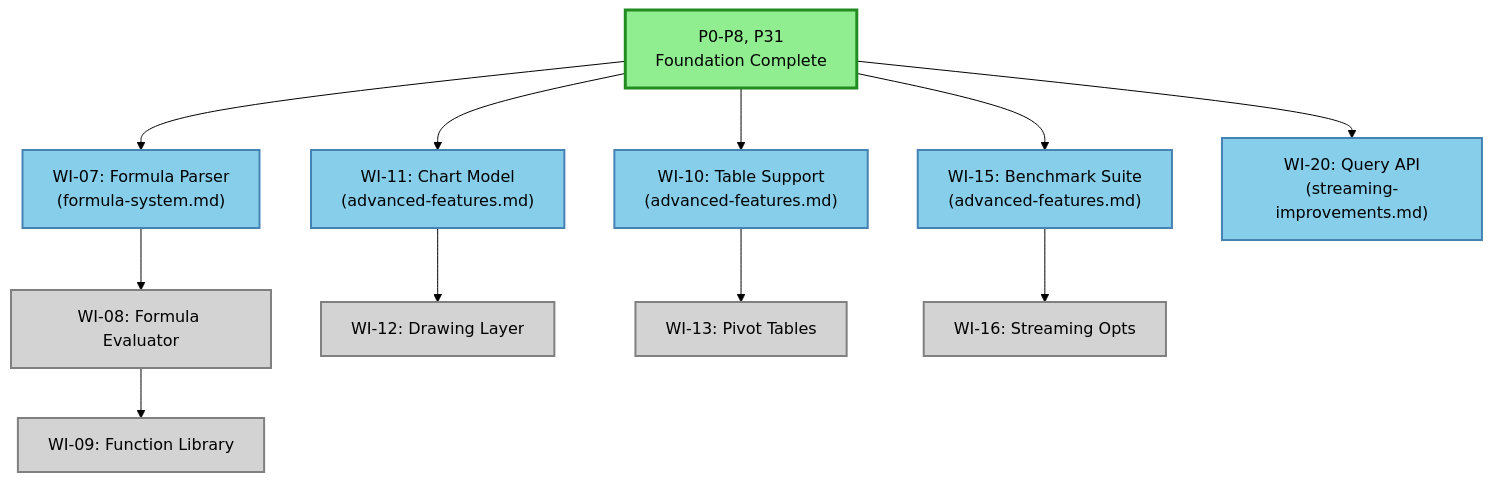
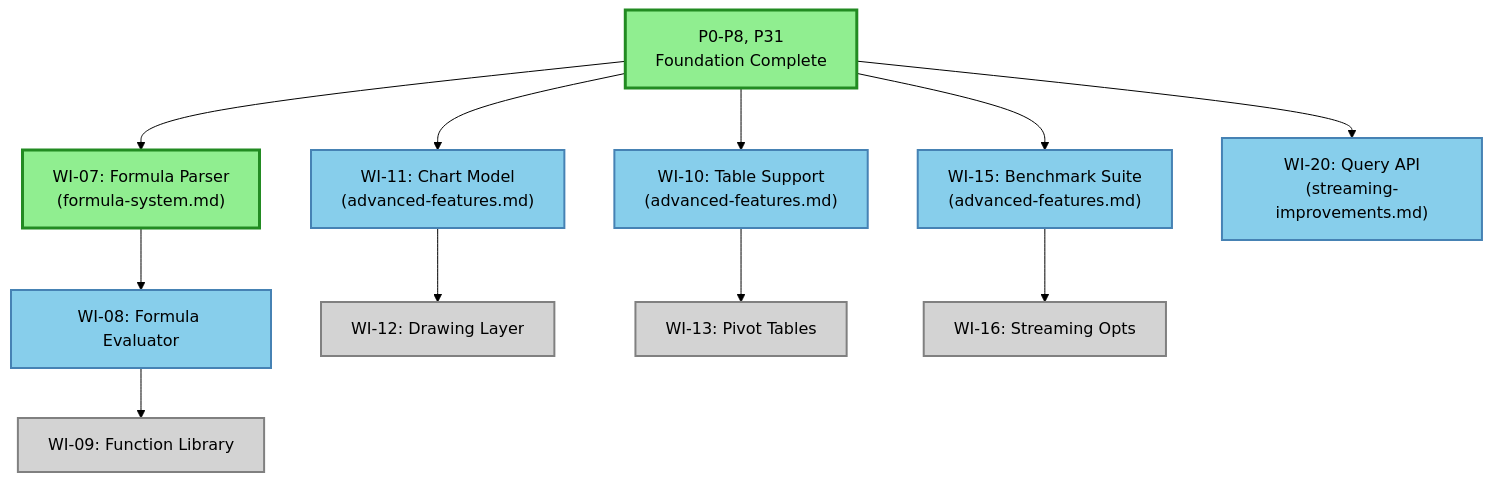
The diagram in docs/plan/roadmap.md (TJC-LP/xl), drawn with Mermaid (forest theme) before and after one commit. The commit also changed other lines of this file and 14 other files, not shown here.

First line of the commit message:
feat(evaluator): add formula parser with typed GADT AST

````diff
--- a/docs/plan/roadmap.md
+++ b/docs/plan/roadmap.md
@@ -24,37 +24,37 @@
 ```mermaid
 graph TB
     %% Completed work (green)
     P0["P0-P8, P31<br/>Foundation Complete"]:::completed
+    WI07["WI-07: Formula Parser<br/>(formula-system.md)"]:::completed
 
     %% Available work (blue - ready to start)
-    WI07["WI-07: Formula Parser<br/>(formula-system.md)"]:::available
+    WI08["WI-08: Formula Evaluator"]:::available
     WI10["WI-10: Table Support<br/>(advanced-features.md)"]:::available
     WI11["WI-11: Chart Model<br/>(advanced-features.md)"]:::available
     WI15["WI-15: Benchmark Suite<br/>(advanced-features.md)"]:::available
     WI20["WI-20: Query API<br/>(streaming-improvements.md)"]:::available
 
     %% Blocked work (gray - waiting on dependencies)
-    WI08["WI-08: Formula Evaluator"]:::blocked
     WI09["WI-09: Function Library"]:::blocked
     WI12["WI-12: Drawing Layer"]:::blocked
     WI13["WI-13: Pivot Tables"]:::blocked
     WI16["WI-16: Streaming Opts"]:::blocked
 
     %% Dependencies
     P0 --> WI07
     P0 --> WI10
     P0 --> WI11
     P0 --> WI15
     P0 --> WI20
 
     WI07 --> WI08
     WI08 --> WI09
     WI11 --> WI12
     WI10 --> WI13
     WI15 --> WI16
 
     %% Style definitions
     classDef completed fill:#90EE90,stroke:#228B22,stroke-width:3px,color:#000
     classDef available fill:#87CEEB,stroke:#4682B4,stroke-width:2px,color:#000
     classDef blocked fill:#D3D3D3,stroke:#808080,stroke-width:2px,color:#000
 ```
````
